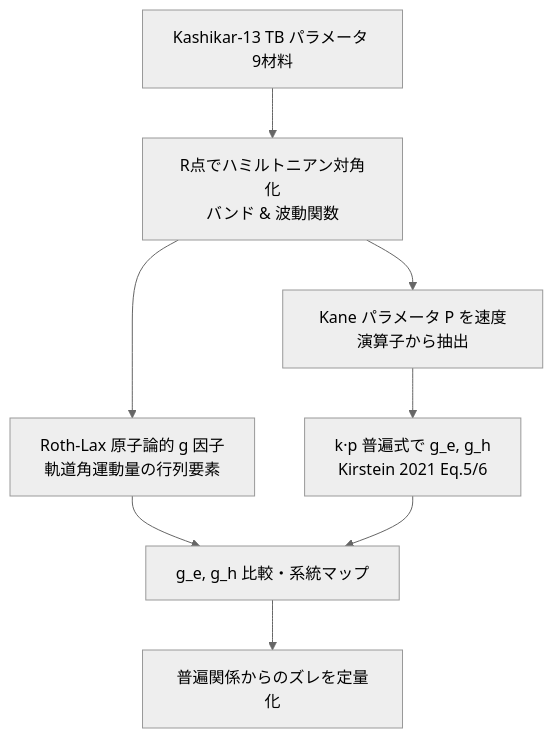
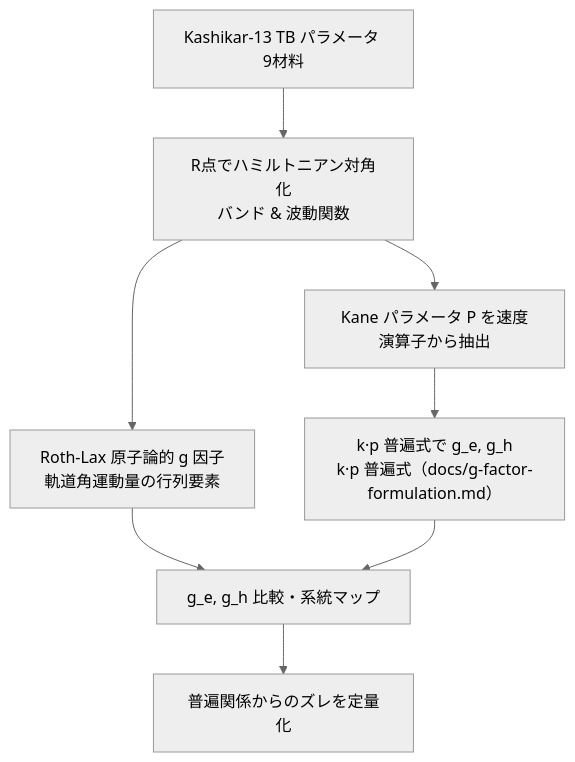
The diagram in cowork/reports/PI_explained_theme_A.md (acdcangus/tb-perovskite), drawn with Mermaid (neutral theme) before and after one commit. The commit also changed other lines of this file and 1 other file, not shown here.

````diff
--- a/cowork/reports/PI_explained_theme_A.md
+++ b/cowork/reports/PI_explained_theme_A.md
@@ -56,10 +56,10 @@
 ```mermaid
 graph TD
   A[Kashikar-13 TB パラメータ 9材料] --> B[R点でハミルトニアン対角化<br/>バンド & 波動関数]
   B --> C1[Roth-Lax 原子論的 g 因子<br/>軌道角運動量の行列要素]
   B --> C2[Kane パラメータ P を速度演算子から抽出]
-  C2 --> D[k·p 普遍式で g_e, g_h<br/>Kirstein 2021 Eq.5/6]
+  C2 --> D[k·p 普遍式で g_e, g_h<br/>k·p 普遍式（docs/g-factor-formulation.md）]
   C1 --> E[g_e, g_h 比較・系統マップ]
   D --> E
   E --> F[普遍関係からのズレを定量化]
 ```
````
